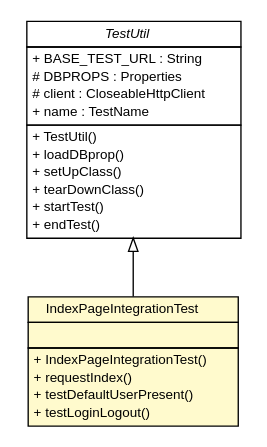
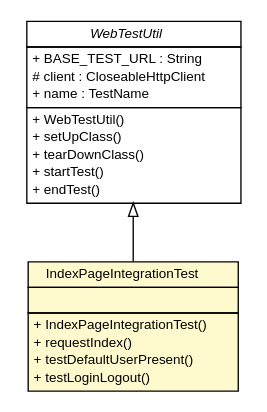
Before and after one commit to B3Partners/brmo: the diagram in brmo-service/testapidocs/nl/b3p/web/IndexPageIntegrationTest.dot, drawn with Graphviz. The commit also changed 229 other files, not shown here.

```diff
--- a/brmo-service/testapidocs/nl/b3p/web/IndexPageIntegrationTest.dot
+++ b/brmo-service/testapidocs/nl/b3p/web/IndexPageIntegrationTest.dot
@@ -1,49 +1,47 @@
 #!/usr/local/bin/dot
 #
 # Class diagram 
 # Generated by UMLGraph version R5_6-24-gf6e263 (http://www.umlgraph.org/)
 #
 
 digraph G {
 	edge [fontname="Helvetica",fontsize=10,labelfontname="Helvetica",labelfontsize=10];
 	node [fontname="Helvetica",fontsize=10,shape=plaintext];
 	nodesep=0.25;
 	ranksep=0.5;
 	// nl.b3p.web.IndexPageIntegrationTest
-	c5 [label=<<table title="nl.b3p.web.IndexPageIntegrationTest" border="0" cellborder="1" cellspacing="0" cellpadding="2" port="p" bgcolor="lemonChiffon" href="./IndexPageIntegrationTest.html">
+	c44 [label=<<table title="nl.b3p.web.IndexPageIntegrationTest" border="0" cellborder="1" cellspacing="0" cellpadding="2" port="p" bgcolor="lemonChiffon" href="./IndexPageIntegrationTest.html">
 		<tr><td><table border="0" cellspacing="0" cellpadding="1">
 <tr><td align="center" balign="center"> IndexPageIntegrationTest </td></tr>
 		</table></td></tr>
 		<tr><td><table border="0" cellspacing="0" cellpadding="1">
 <tr><td align="left" balign="left">  </td></tr>
 		</table></td></tr>
 		<tr><td><table border="0" cellspacing="0" cellpadding="1">
 <tr><td align="left" balign="left"> + IndexPageIntegrationTest() </td></tr>
 <tr><td align="left" balign="left"> + requestIndex() </td></tr>
 <tr><td align="left" balign="left"> + testDefaultUserPresent() </td></tr>
 <tr><td align="left" balign="left"> + testLoginLogout() </td></tr>
 		</table></td></tr>
 		</table>>, URL="./IndexPageIntegrationTest.html", fontname="Helvetica", fontcolor="black", fontsize=10.0];
-	// nl.b3p.web.TestUtil
-	c7 [label=<<table title="nl.b3p.web.TestUtil" border="0" cellborder="1" cellspacing="0" cellpadding="2" port="p" href="./TestUtil.html">
+	// nl.b3p.web.WebTestUtil
+	c45 [label=<<table title="nl.b3p.web.WebTestUtil" border="0" cellborder="1" cellspacing="0" cellpadding="2" port="p" href="./WebTestUtil.html">
 		<tr><td><table border="0" cellspacing="0" cellpadding="1">
-<tr><td align="center" balign="center"><font face="Helvetica-Oblique"> TestUtil </font></td></tr>
+<tr><td align="center" balign="center"><font face="Helvetica-Oblique"> WebTestUtil </font></td></tr>
 		</table></td></tr>
 		<tr><td><table border="0" cellspacing="0" cellpadding="1">
 <tr><td align="left" balign="left"> + BASE_TEST_URL : String </td></tr>
-<tr><td align="left" balign="left"> # DBPROPS : Properties </td></tr>
 <tr><td align="left" balign="left"> # client : CloseableHttpClient </td></tr>
 <tr><td align="left" balign="left"> + name : TestName </td></tr>
 		</table></td></tr>
 		<tr><td><table border="0" cellspacing="0" cellpadding="1">
-<tr><td align="left" balign="left"> + TestUtil() </td></tr>
-<tr><td align="left" balign="left"> + loadDBprop() </td></tr>
+<tr><td align="left" balign="left"> + WebTestUtil() </td></tr>
 <tr><td align="left" balign="left"> + setUpClass() </td></tr>
 <tr><td align="left" balign="left"> + tearDownClass() </td></tr>
 <tr><td align="left" balign="left"> + startTest() </td></tr>
 <tr><td align="left" balign="left"> + endTest() </td></tr>
 		</table></td></tr>
-		</table>>, URL="./TestUtil.html", fontname="Helvetica", fontcolor="black", fontsize=10.0];
-	//nl.b3p.web.IndexPageIntegrationTest extends nl.b3p.web.TestUtil
-	c7:p -> c5:p [dir=back,arrowtail=empty];
+		</table>>, URL="./WebTestUtil.html", fontname="Helvetica", fontcolor="black", fontsize=10.0];
+	//nl.b3p.web.IndexPageIntegrationTest extends nl.b3p.web.WebTestUtil
+	c45:p -> c44:p [dir=back,arrowtail=empty];
 }
```
